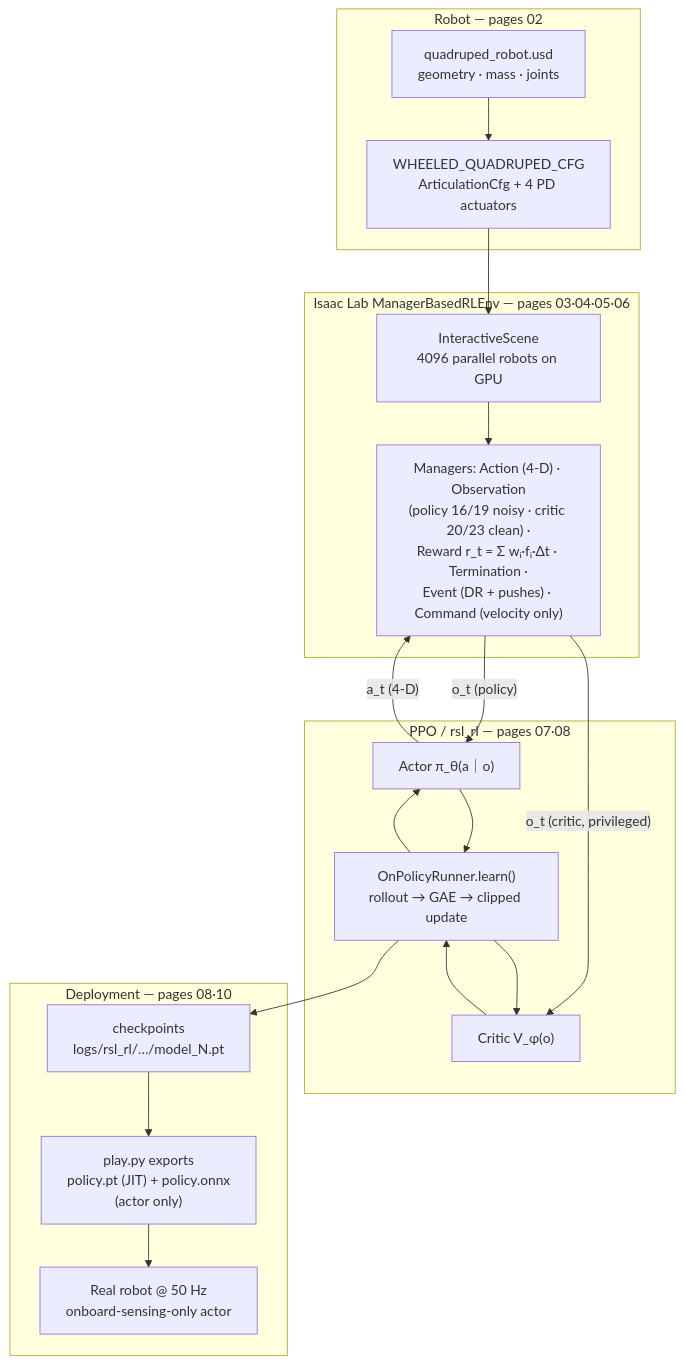
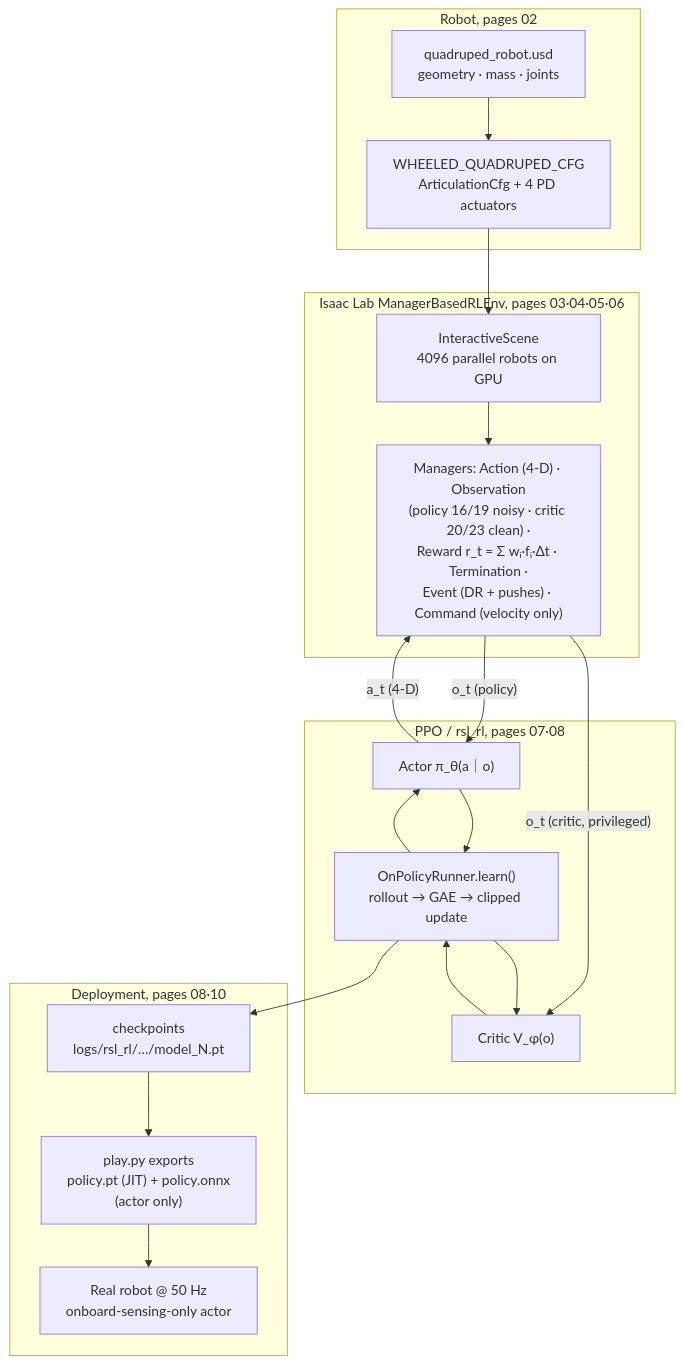
One commit to MickyasTA/wheeled_quadruped_robot changed the second of 2 diagrams in docs/wiki/Home.md. Above: the diagram before and after it, drawn with Mermaid. The commit also changed other lines of this file and 12 other files, not shown here.

````diff
--- a/docs/wiki/Home.md
+++ b/docs/wiki/Home.md
@@ -64,27 +64,27 @@
 ```mermaid
 flowchart TD
-    subgraph ROBOT["Robot — pages 02"]
+    subgraph ROBOT["Robot, pages 02"]
         USD["quadruped_robot.usd<br/>geometry · mass · joints"] --> CFG["WHEELED_QUADRUPED_CFG<br/>ArticulationCfg + 4 PD actuators"]
     end
 
-    subgraph ENV["Isaac Lab ManagerBasedRLEnv — pages 03·04·05·06"]
+    subgraph ENV["Isaac Lab ManagerBasedRLEnv, pages 03·04·05·06"]
         CFG --> SCENE["InteractiveScene<br/>4096 parallel robots on GPU"]
         SCENE --> MGRS["Managers: Action (4-D) · Observation<br/>(policy 16/19 noisy · critic 20/23 clean) ·<br/>Reward r_t = Σ wᵢ·fᵢ·Δt · Termination ·<br/>Event (DR + pushes) · Command (velocity only)"]
     end
 
-    subgraph PPO["PPO / rsl_rl — pages 07·08"]
+    subgraph PPO["PPO / rsl_rl, pages 07·08"]
         MGRS -->|"o_t (policy)"| ACTOR["Actor π_θ(a｜o)"]
         MGRS -->|"o_t (critic, privileged)"| CRITIC["Critic V_φ(o)"]
         ACTOR --> LEARN["OnPolicyRunner.learn()<br/>rollout → GAE → clipped update"]
         CRITIC --> LEARN
         LEARN --> ACTOR
         LEARN --> CRITIC
     end
     ACTOR -->|"a_t (4-D)"| MGRS
 
-    subgraph DEPLOY["Deployment — pages 08·10"]
+    subgraph DEPLOY["Deployment, pages 08·10"]
         LEARN --> CKPT["checkpoints<br/>logs/rsl_rl/…/model_N.pt"]
         CKPT --> EXPORT["play.py exports<br/>policy.pt (JIT) + policy.onnx<br/>(actor only)"]
         EXPORT --> HW["Real robot @ 50 Hz<br/>onboard-sensing-only actor"]
     end
 ```
````
